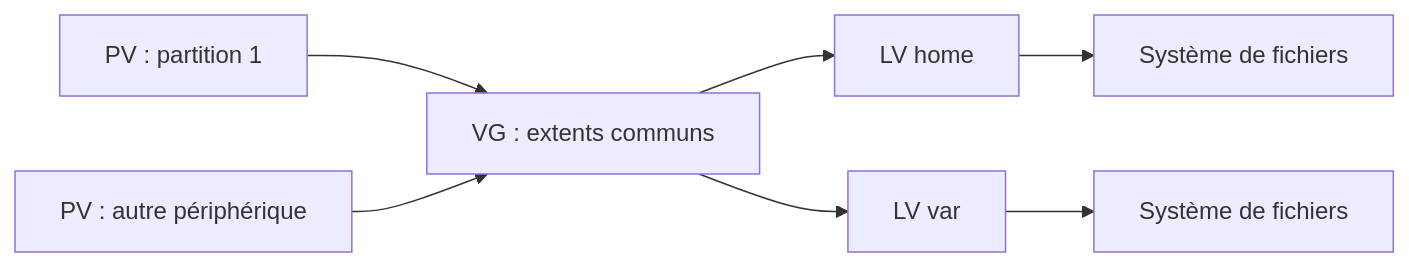
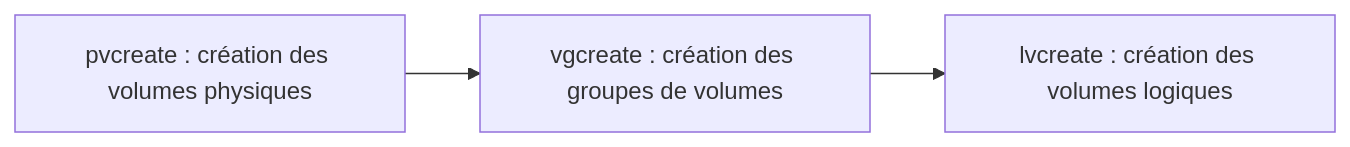
The fourth of 5 diagrams in docs/modules/05-administration-debian-gnu-linux/module-08-gestion-des-espaces-de-stockage-avancee-lvm.md (sk34pk25/tssr-cours), drawn with Mermaid before and after one commit. The commit also changed other lines of this file and 11 other files, not shown here.

````diff
--- a/docs/modules/05-administration-debian-gnu-linux/module-08-gestion-des-espaces-de-stockage-avancee-lvm.md
+++ b/docs/modules/05-administration-debian-gnu-linux/module-08-gestion-des-espaces-de-stockage-avancee-lvm.md
@@ -98,7 +164,8 @@
 ```mermaid
 flowchart LR
- P1["PV : partition 1"] --> V["VG : extents communs"]
- P2["PV : autre périphérique"] --> V
- V --> L1["LV home"] --> F1["Système de fichiers"]
- V --> L2["LV var"] --> F2["Système de fichiers"]
+    N1["pvcreate : création des volumes physiques"]
+    N2["vgcreate : création des groupes de volumes"]
+    N3["lvcreate : création des volumes logiques"]
+    N1 --> N2
+    N2 --> N3
 ```
````
